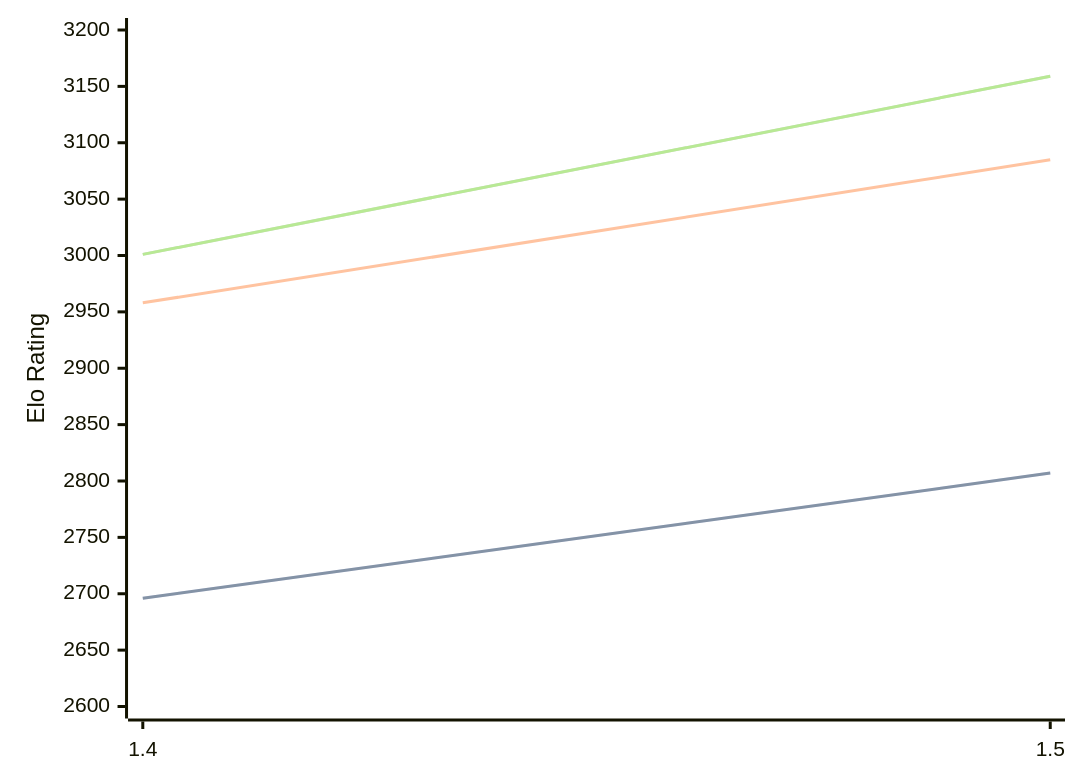
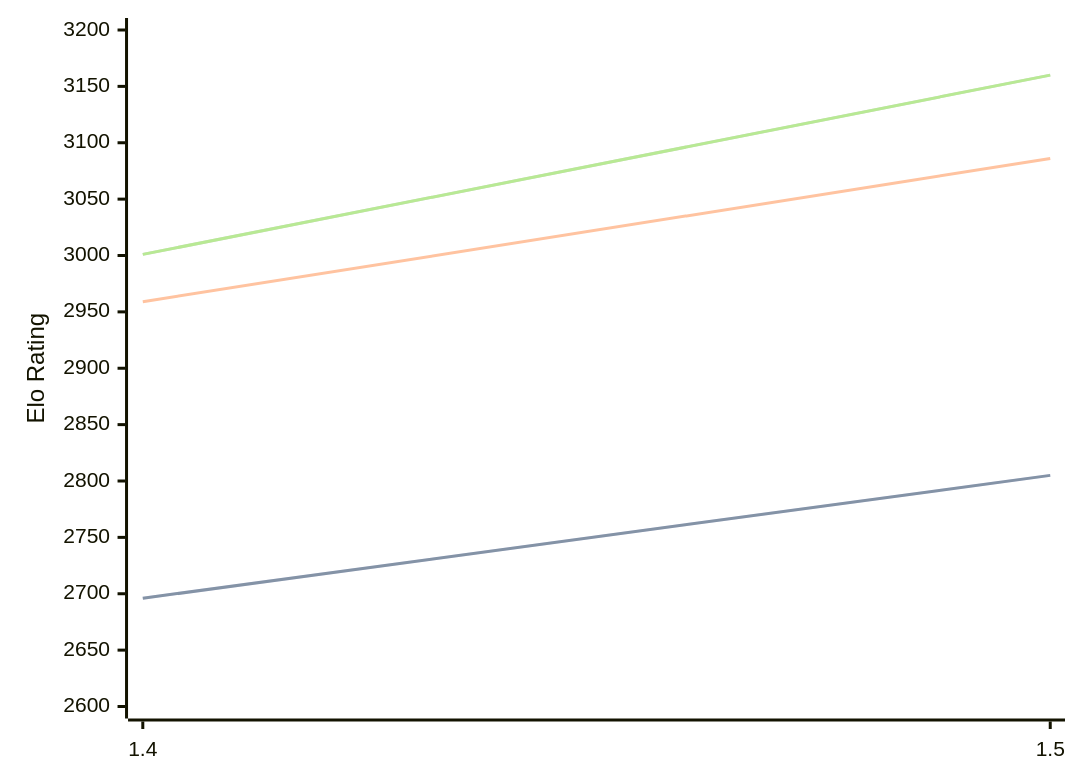
One commit to computer-chess-index/cci changed the diagram in engines/Yakka.md. Above: the diagram before and after it, drawn with Mermaid. The commit also changed other lines of this file, not shown here.

Commit message:
Update CCI Ratings (ELO VLTC) - 2026-02-16

````diff
--- a/engines/Yakka.md
+++ b/engines/Yakka.md
@@ -33,11 +33,11 @@
 ```mermaid
 %%{init: {"theme":"base","themeVariables":{"seriesColors:['#a3a3a3','#222221','#faa371']}}}%%
 xychart-beta
   x-axis ["1.4", "1.5"]
   y-axis "Elo Rating" 2600 --> 3200
-  line "STC (8.0+0.08s)" [2696, 2807]
-  line "STC (8.0+0.08s)" [2696, 2807]
-  line "LTC (60.0+0.60s)" [2958, 3085]
-  line "VLTC (2m24s+1.12s)" [3001, 3159]
-  line "VLTC (2m24s+1.12s)" [3001, 3159]
+  line "STC (8.0+0.08s)" [2696, 2805]
+  line "STC (8.0+0.08s)" [2696, 2805]
+  line "LTC (60.0+0.60s)" [2959, 3086]
+  line "VLTC (2m24s+1.12s)" [3001, 3160]
+  line "VLTC (2m24s+1.12s)" [3001, 3160]
 ```
````
